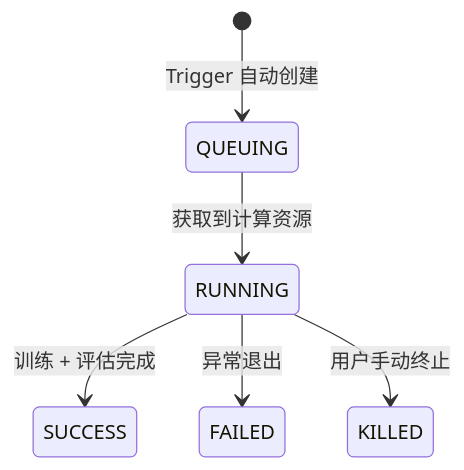
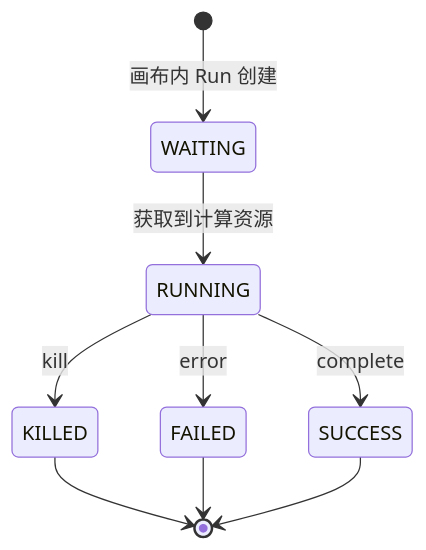
Before and after one commit to Cedric-Chan/ModelExperiment: the third of 6 diagrams in docs/architecture/系统架构说明.md, drawn with Mermaid. The commit also changed other lines of this file and 92 other files, not shown here.

````diff
--- a/docs/architecture/系统架构说明.md
+++ b/docs/architecture/系统架构说明.md
@@ -266,8 +232,11 @@
 ```mermaid
 stateDiagram-v2
-    [*] --> QUEUING : Trigger 自动创建
-    QUEUING --> RUNNING : 获取到计算资源
-    RUNNING --> SUCCESS : 训练 + 评估完成
-    RUNNING --> FAILED : 异常退出
-    RUNNING --> KILLED : 用户手动终止
+    [*] --> WAITING : 画布内 Run 创建
+    WAITING --> RUNNING : 获取到计算资源
+    RUNNING --> FAILED : error
+    RUNNING --> KILLED : kill
+    RUNNING --> SUCCESS : complete
+    KILLED --> [*]
+    FAILED --> [*]
+    SUCCESS --> [*]
 ```
````
